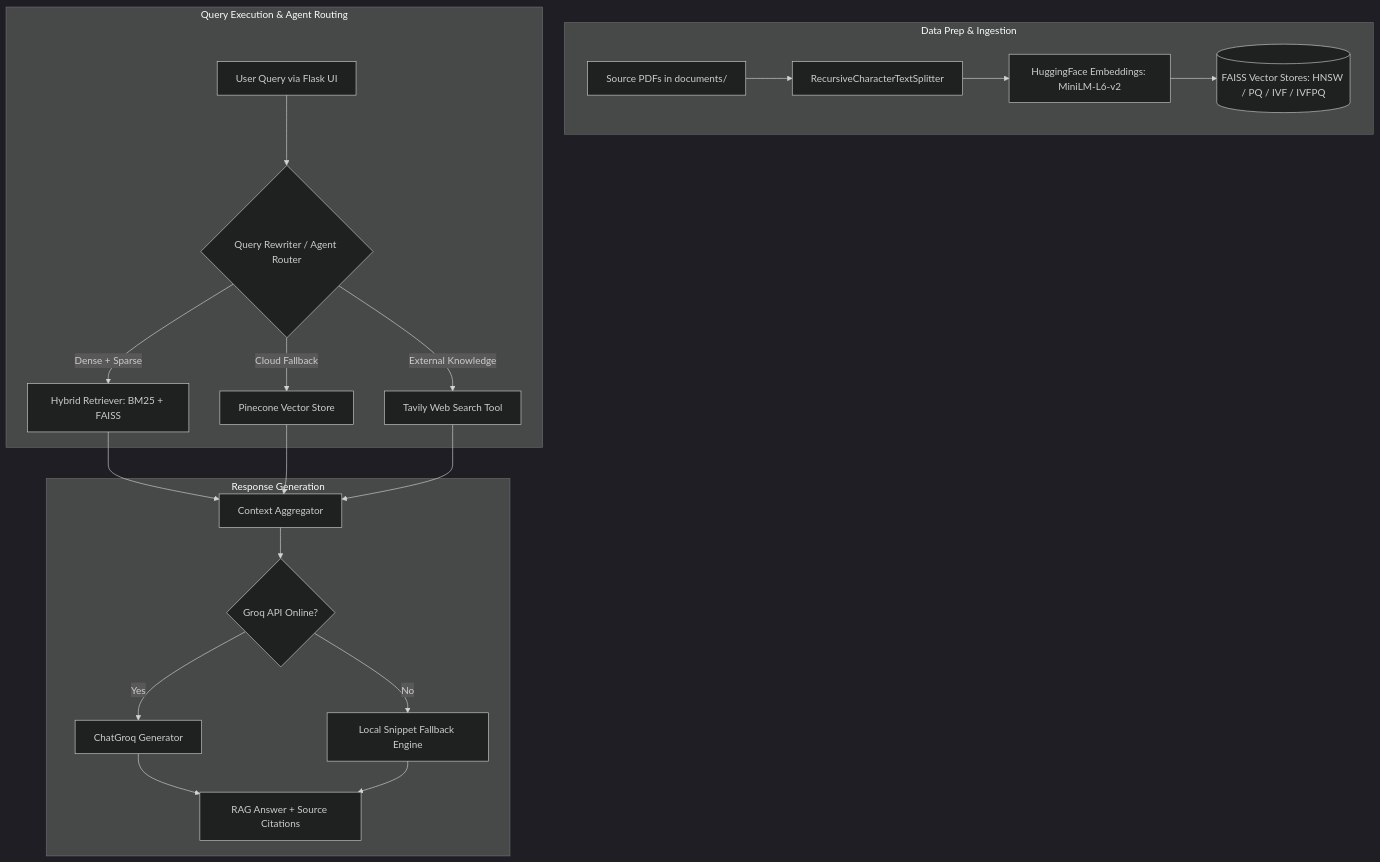
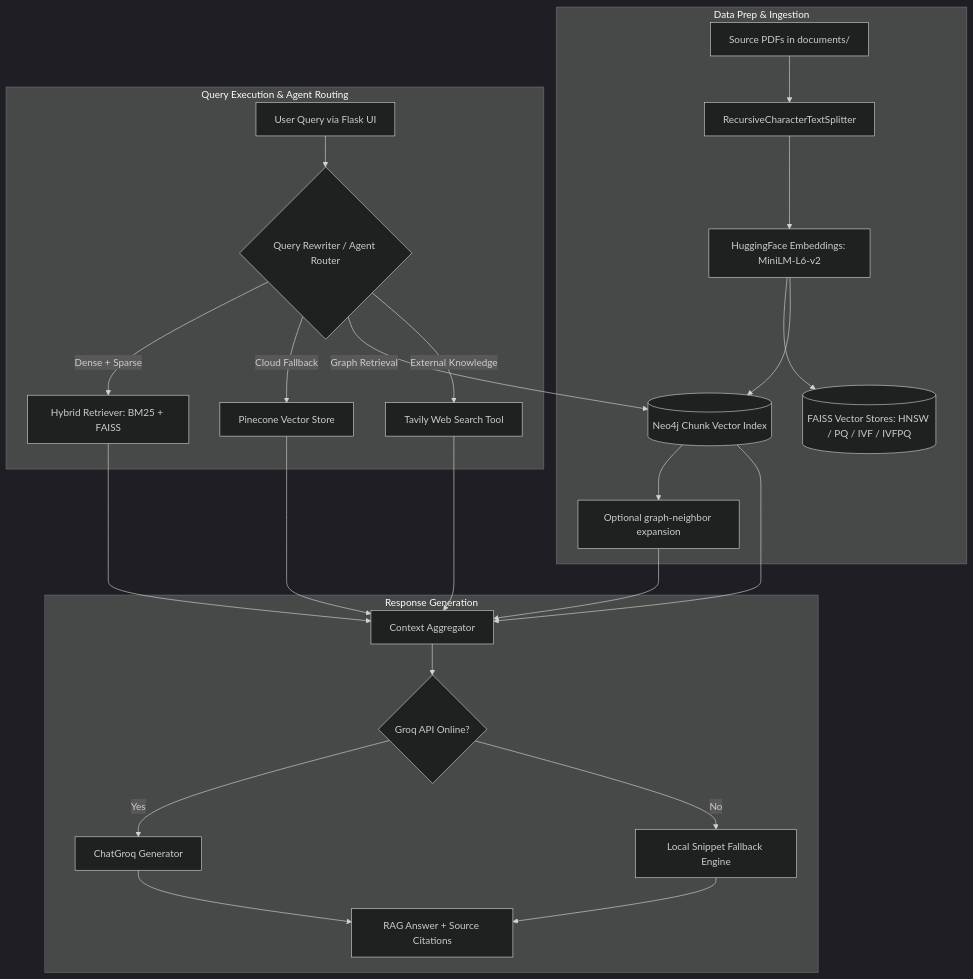
One commit to debashish-5/Google-5-Days-AgenticAI-VibeCoding changed the diagram in README.md. Above: the diagram before and after it, drawn with Mermaid (dark theme). The commit also changed other lines of this file and 4 other files, not shown here.

Commit message:
Add Neo4j Graph RAG integration with retrieval and formatting functions

````diff
--- a/README.md
+++ b/README.md
@@ -55,27 +55,32 @@
 ```mermaid
 flowchart TD
     subgraph Data Prep & Ingestion
         A[Source PDFs in documents/] --> B[RecursiveCharacterTextSplitter]
         B --> C[HuggingFace Embeddings: MiniLM-L6-v2]
         C --> D[(FAISS Vector Stores: HNSW / PQ / IVF / IVFPQ)]
+        C --> D2[(Neo4j Chunk Vector Index)]
+        D2 --> D3[Optional graph-neighbor expansion]
     end
 
     subgraph Query Execution & Agent Routing
         E[User Query via Flask UI] --> F{Query Rewriter / Agent Router}
         F -->|Dense + Sparse| G[Hybrid Retriever: BM25 + FAISS]
         F -->|Cloud Fallback| H[Pinecone Vector Store]
+        F -->|Graph Retrieval| D2
         F -->|External Knowledge| I[Tavily Web Search Tool]
     end
 
     subgraph Response Generation
         G --> J[Context Aggregator]
+        D2 --> J
+        D3 --> J
         H --> J
         I --> J
         J --> K{Groq API Online?}
         K -->|Yes| L[ChatGroq Generator]
         K -->|No| M[Local Snippet Fallback Engine]
         L --> N[RAG Answer + Source Citations]
         M --> N
     end
 
 ```
````
